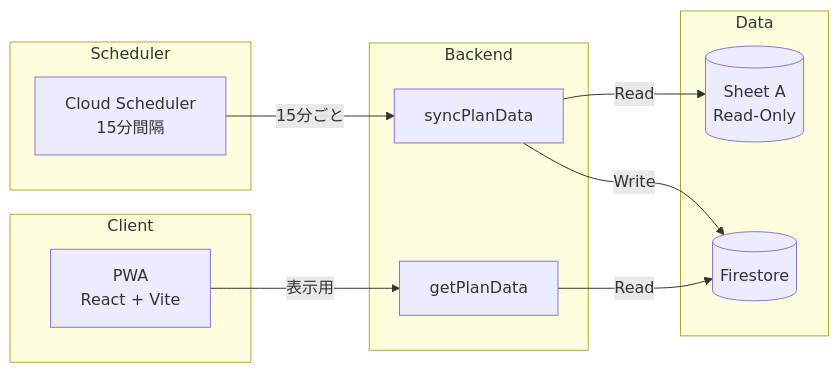
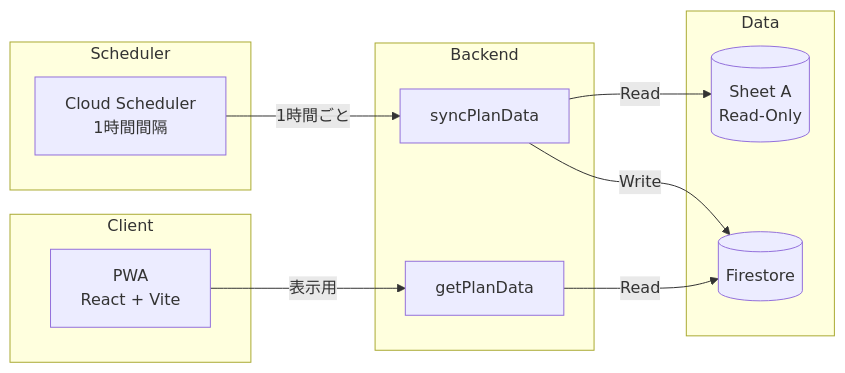
The second of 2 diagrams in docs/ARCHITECTURE.md (yasushihonda-acg/facility-care-input-form), drawn with Mermaid before and after one commit. The commit also changed other lines of this file and 2 other files, not shown here.

````diff
--- a/docs/ARCHITECTURE.md
+++ b/docs/ARCHITECTURE.md
@@ -388,26 +388,26 @@
 ```mermaid
 graph LR
     subgraph "Scheduler"
-        CS[Cloud Scheduler<br/>15分間隔]
+        CS[Cloud Scheduler<br/>1時間間隔]
     end
 
     subgraph "Client"
         PWA[PWA<br/>React + Vite]
     end
 
     subgraph "Backend"
         CF_SYNC[syncPlanData]
         CF_GET[getPlanData]
     end
 
     subgraph "Data"
         SA[(Sheet A<br/>Read-Only)]
         FS[(Firestore)]
     end
 
-    CS -->|"15分ごと"| CF_SYNC
+    CS -->|"1時間ごと"| CF_SYNC
     CF_SYNC -->|"Read"| SA
     CF_SYNC -->|"Write"| FS
     PWA -->|"表示用"| CF_GET
     CF_GET -->|"Read"| FS
 ```
````
